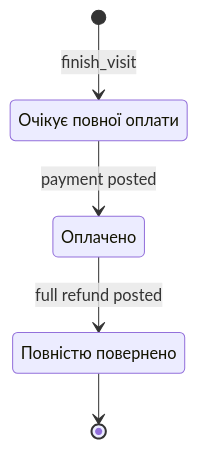
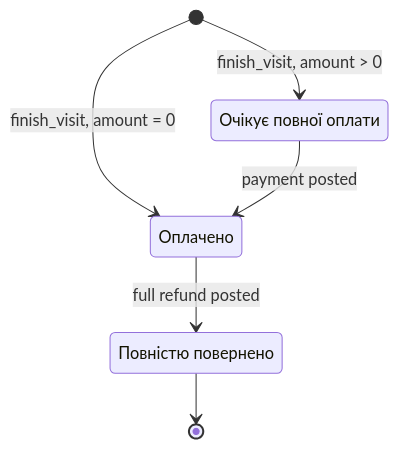
The fourth of 6 diagrams in docs/architecture/domain-model.md (vjxzebra/podo_crm), drawn with Mermaid before and after one commit. The commit also changed other lines of this file and 432 other files, not shown here.

````diff
--- a/docs/architecture/domain-model.md
+++ b/docs/architecture/domain-model.md
@@ -562,11 +607,12 @@
 ```mermaid
 stateDiagram-v2
   state "Очікує повної оплати" as OPEN
   state "Оплачено" as PAID
   state "Повністю повернено" as REFUNDED
 
-  [*] --> OPEN: finish_visit
+  [*] --> OPEN: finish_visit, amount > 0
+  [*] --> PAID: finish_visit, amount = 0
   OPEN --> PAID: payment posted
   PAID --> REFUNDED: full refund posted
   REFUNDED --> [*]
 ```
````
